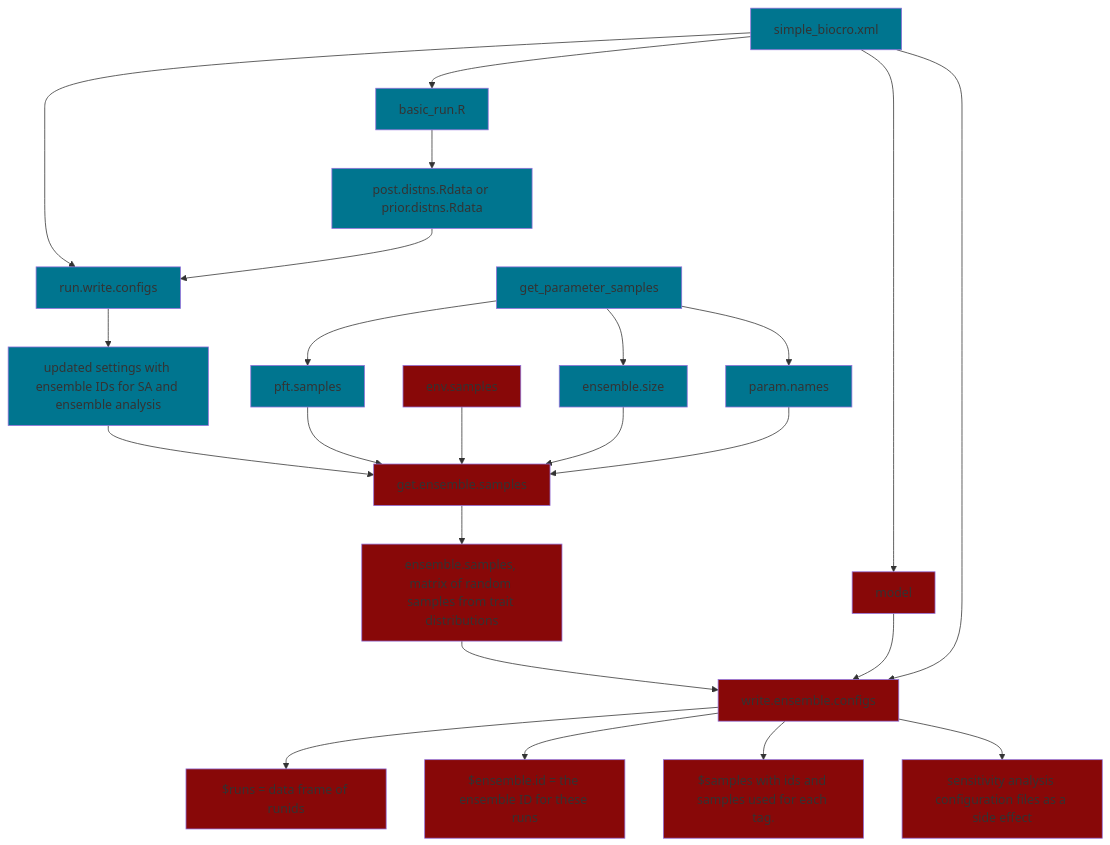
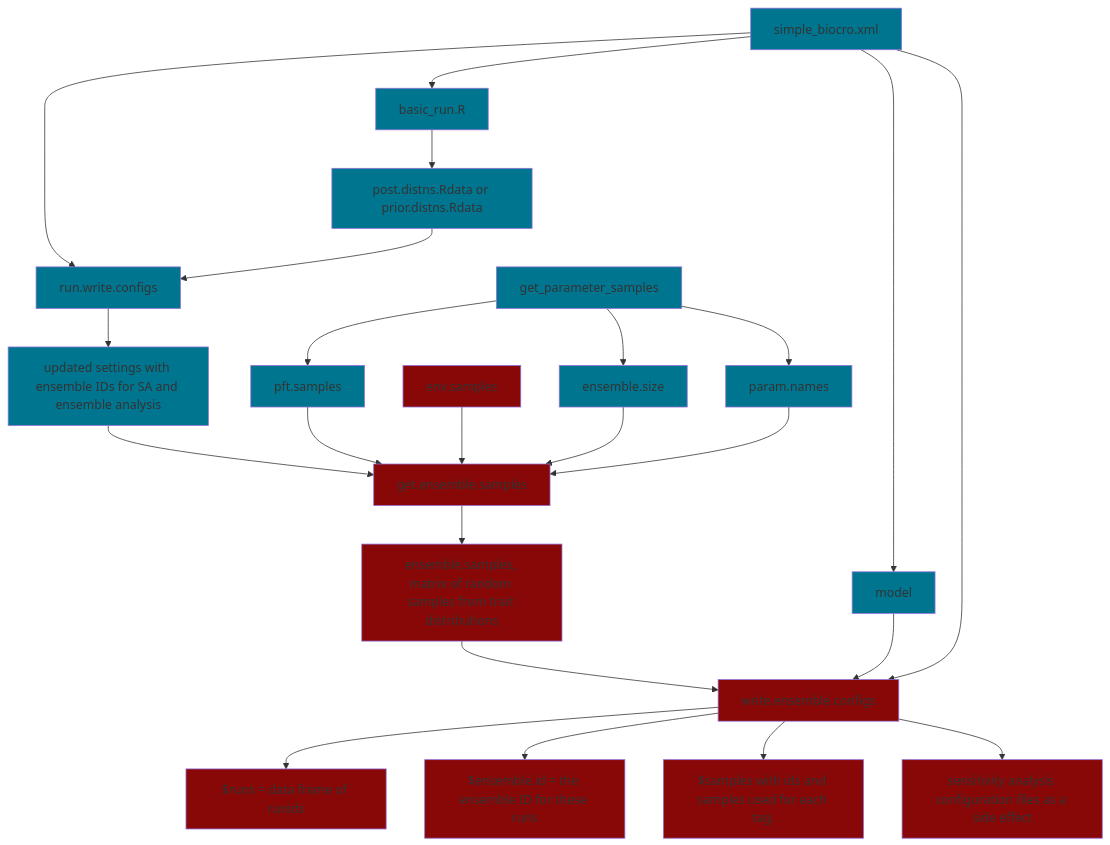
One commit to ecamo19/gsoc_project_2022_vm changed the diagram in README.md. Above: the diagram before and after it, drawn with Mermaid.

````diff
--- a/README.md
+++ b/README.md
@@ -47,59 +47,58 @@
 ```mermaid
   graph TD;
       simple_biocro.xml-->run.write.configs;
       simple_biocro.xml-->basic_run.R;
       simple_biocro.xml-->model;
       
       basic_run.R-->posterior.files[post.distns.Rdata or prior.distns.Rdata];
       posterior.files[post.distns.Rdata or prior.distns.Rdata]-->run.write.configs;
       run.write.configs-->output_1[updated settings with ensemble IDs for SA and ensemble analysis ];
       output_1[updated settings with ensemble IDs for SA and ensemble analysis]-->get.ensemble.samples;
       
       input_get_ensemble_1[pft.samples]-->get.ensemble.samples;
       input_get_ensemble_2[env.samples]-->get.ensemble.samples;
       input_get_ensemble_3[ensemble.size]-->get.ensemble.samples;
       input_get_ensemble_4[param.names]-->get.ensemble.samples;
       
       get_parameter_samples-->input_get_ensemble_1[pft.samples];  
       get_parameter_samples-->input_get_ensemble_3[ensemble.size];
       get_parameter_samples-->input_get_ensemble_4[param.names];
       
       get.ensemble.samples-->output_get_ensemble[ensemble.samples, matrix of random samples from trait distributions];
       
       output_get_ensemble[ensemble.samples, matrix of random samples from trait distributions]-->write.ensemble.configs;
       model-->write.ensemble.configs;
       simple_biocro.xml-->write.ensemble.configs;
       
       write.ensemble.configs-->output_write_ensemble_1[$runs = data frame of runids];
       write.ensemble.configs-->output_write_ensemble_2[$ensemble.id = the ensemble ID for these runs];
       write.ensemble.configs-->output_write_ensemble_3[$samples with ids and samples used for each tag.];
       write.ensemble.configs-->output_write_ensemble_4[sensitivity analysis configuration files as a side effect];
       
       %% Blue color boxes
       
       style get_parameter_samples fill:#00758f
       style basic_run.R fill:#00758f
       style output_1 fill:#00758f
       style run.write.configs fill:#00758f
       style simple_biocro.xml fill:#00758f
       style posterior.files fill:#00758f
       style input_get_ensemble_1 fill:#00758f
       
       style input_get_ensemble_3 fill:#00758f
       style input_get_ensemble_4 fill:#00758f
-      
-      
+      style model fill:#00758f 
       
       %% Red color boxes  
       
       style input_get_ensemble_2 fill:#880808
       style get.ensemble.samples fill:#880808
       style output_get_ensemble  fill:#880808 
-      style model fill:#880808 
+      
       style write.ensemble.configs fill:#880808
       style output_write_ensemble_1 fill:#880808
       style output_write_ensemble_2 fill:#880808
       style output_write_ensemble_3 fill:#880808
       style output_write_ensemble_4 fill:#880808
       
 ```
````
